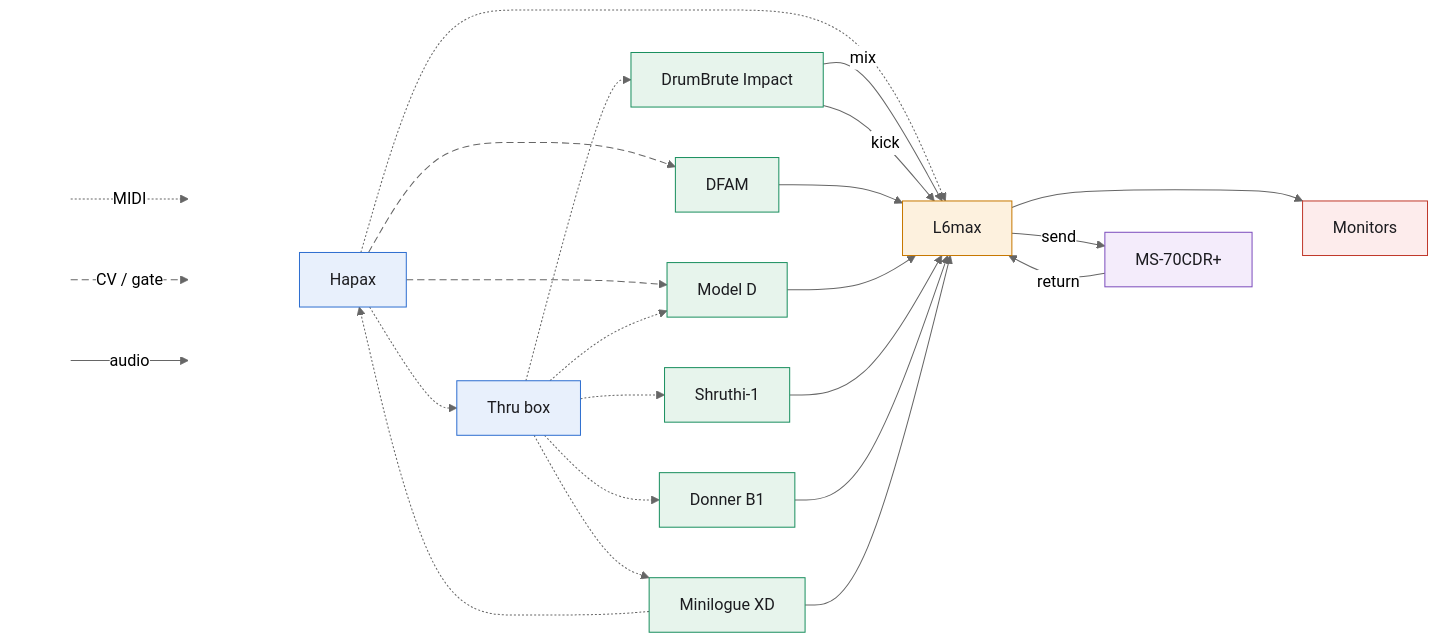
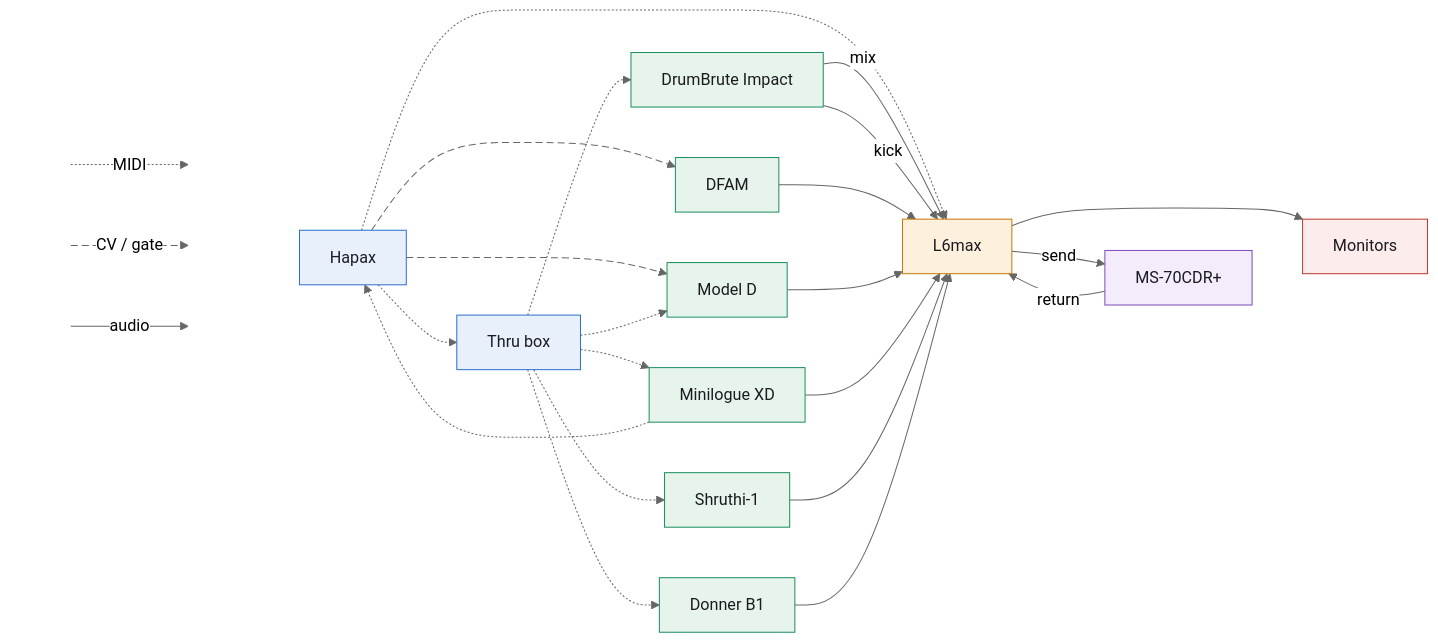
The diagram in README.md (saponace/synth-setup), drawn with Mermaid before and after one commit.

Commit message:
Split CV and gate rows, Model D cutoff on CV 1, order diagram by mixer strip

````diff
--- a/README.md
+++ b/README.md
@@ -1,77 +1,77 @@
 ```mermaid
 ---
 config:
   theme: neutral
   flowchart:
     curve: basis
 ---
 flowchart LR
     %% box color = kind of gear, line style = kind of signal
     classDef seq fill:#e8f0fc,stroke:#2f6fd0,color:#1c1c20
     classDef voice fill:#e7f4ec,stroke:#1a8f5f,color:#1c1c20
     classDef mix fill:#fdf1de,stroke:#c77800,color:#1c1c20
     classDef fx fill:#f4ecfb,stroke:#7c4dbd,color:#1c1c20
     classDef mon fill:#fdecec,stroke:#c0392b,color:#1c1c20
     classDef pin fill:none,stroke:none
     classDef cv stroke-dasharray: 7 4
 
     %% legend, tied to Hapax by invisible links so it lands in the left columns
     LA[" "] -. "MIDI" .-> LB[" "]
     LC[" "] k1@-- "CV / gate" --> LD[" "]
     LE[" "] -- "audio" --> LF[" "]
     LB ~~~ HAPAX
     LD ~~~ HAPAX
     LF ~~~ HAPAX
 
     HAPAX["Hapax"]
     THRU["Thru box"]
     DBI["DrumBrute Impact"]
     DFAM["DFAM"]
     MODELD["Model D"]
+    XD["Minilogue XD"]
     SHRUTHI["Shruthi-1"]
     DONNER["Donner B1"]
-    XD["Minilogue XD"]
     L6["L6max"]
     FX["MS-70CDR+"]
     MON["Monitors"]
 
     %% ----- CV / gate -----
     HAPAX c1@--> DFAM
     HAPAX c2@--> MODELD
 
     %% ----- MIDI -----
     HAPAX -.-> THRU
     THRU -.-> DBI
+    %% no signal, keeps DFAM among the voices, between DrumBrute and Model D
+    THRU ~~~ DFAM
     THRU -.-> MODELD
+    THRU -.-> XD
     THRU -.-> SHRUTHI
     THRU -.-> DONNER
-    THRU -.-> XD
     XD -.-> HAPAX
     HAPAX -.-> L6
 
     %% ----- audio -----
     DBI -- "mix" --> L6
     DBI -- "kick" --> L6
     DFAM --> L6
     MODELD --> L6
+    XD --> L6
     SHRUTHI --> L6
     DONNER --> L6
-    XD --> L6
     L6 -- "send" --> FX
     FX -- "return" --> L6
     L6 --> MON
 
     %% ----- carry no signal, they only steer the layout -----
-    %% DFAM among the voices instead of pushed to an end of the column,
     %% monitors out of the FX pedal's column
-    THRU ~~~ DFAM
     FX ~~~ MON
 
     class HAPAX,THRU seq
     class DBI,DFAM,MODELD,SHRUTHI,DONNER,XD voice
     class L6 mix
     class FX fx
     class MON mon
     class LA,LB,LC,LD,LE,LF pin
     class c1,c2,k1 cv
 ```
````
